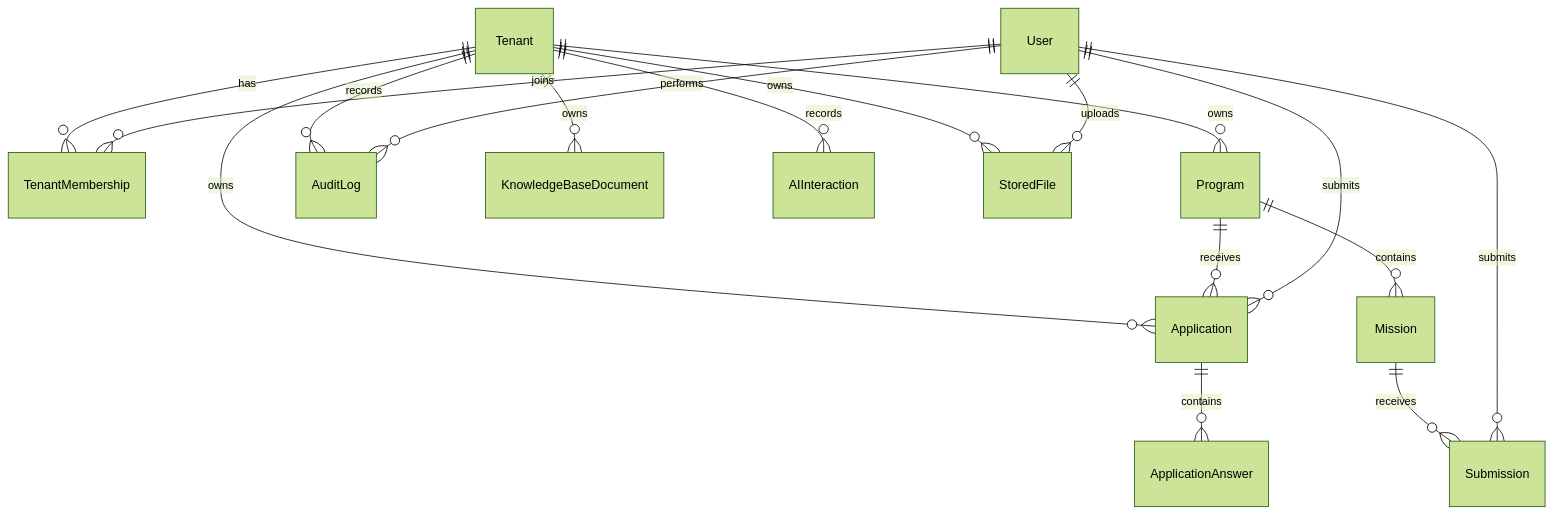
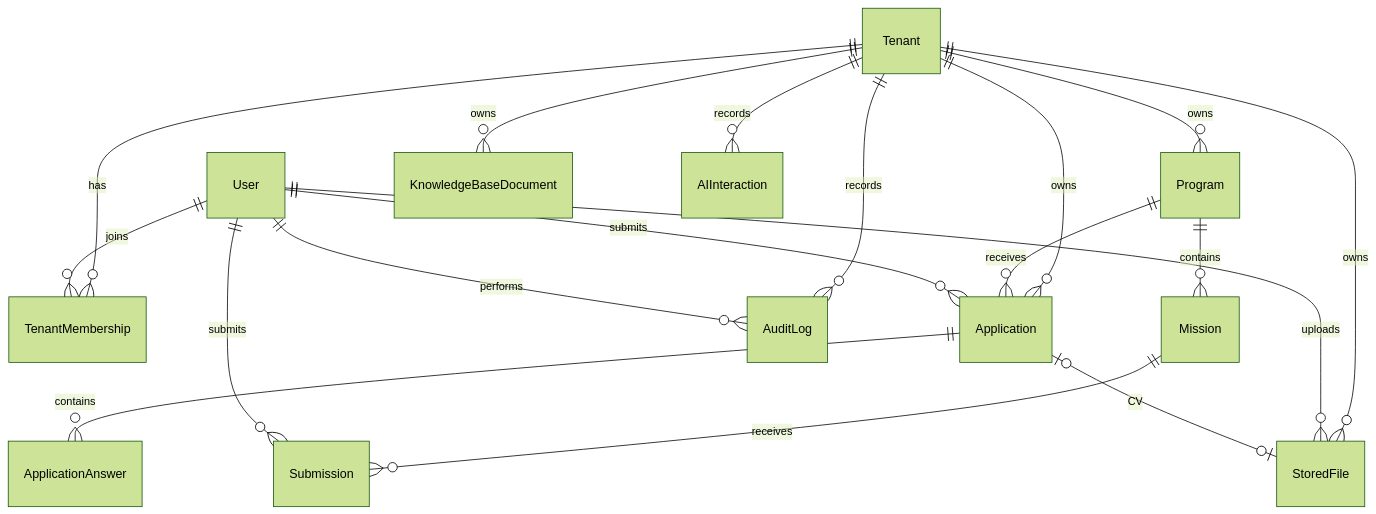
Before and after one commit to karimjindani/talentOS: the diagram in docs/Data_Model.md, drawn with Mermaid (forest theme). The commit also changed other lines of this file and 17 other files, not shown here.

````diff
--- a/docs/Data_Model.md
+++ b/docs/Data_Model.md
@@ -24,19 +29,20 @@
 ```mermaid
 erDiagram
     Tenant ||--o{ TenantMembership : has
     User ||--o{ TenantMembership : joins
     Tenant ||--o{ Program : owns
     Tenant ||--o{ Application : owns
     Program ||--o{ Application : receives
     User ||--o{ Application : submits
     Application ||--o{ ApplicationAnswer : contains
     Tenant ||--o{ AuditLog : records
     User ||--o{ AuditLog : performs
     Program ||--o{ Mission : contains
     Mission ||--o{ Submission : receives
     User ||--o{ Submission : submits
     Tenant ||--o{ KnowledgeBaseDocument : owns
     Tenant ||--o{ AIInteraction : records
     Tenant ||--o{ StoredFile : owns
     User ||--o{ StoredFile : uploads
+    Application |o--o| StoredFile : "CV"
 ```
````
